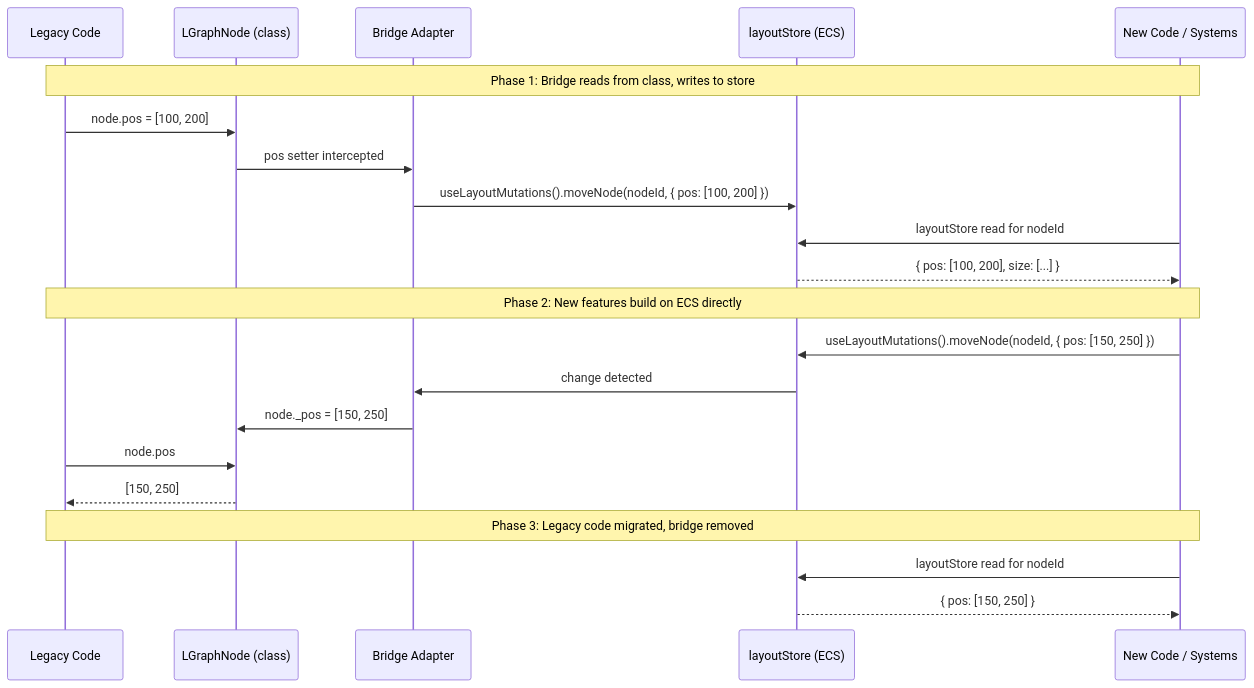
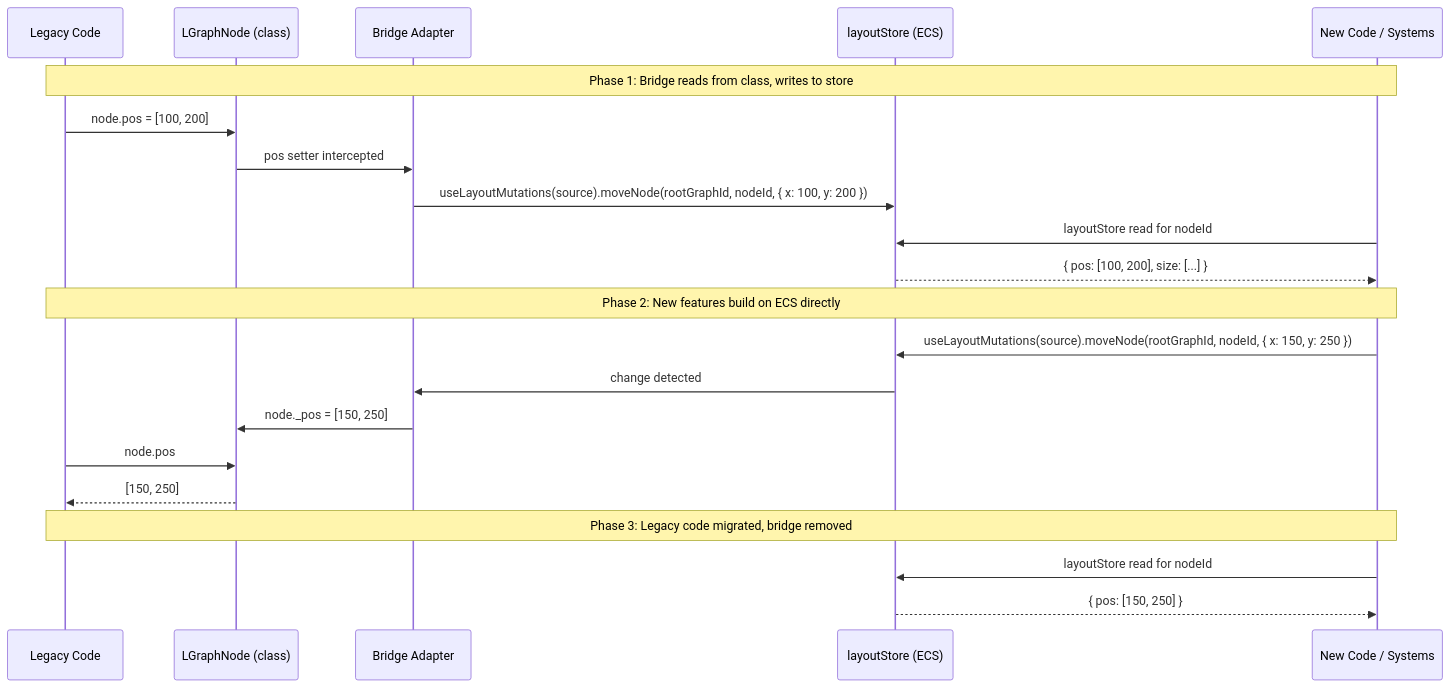
Before and after one commit to Comfy-Org/ComfyUI_frontend: diagram 11 of 12 in docs/architecture/ecs-target-architecture.md, drawn with Mermaid. The commit also changed other lines of this file and 424 other files, not shown here.

````diff
--- a/docs/architecture/ecs-target-architecture.md
+++ b/docs/architecture/ecs-target-architecture.md
@@ -469,30 +523,30 @@
 ```mermaid
 sequenceDiagram
     participant Legacy as Legacy Code
     participant Class as LGraphNode (class)
     participant Bridge as Bridge Adapter
     participant Store as layoutStore (ECS)
     participant New as New Code / Systems
 
     Note over Legacy,New: Phase 1: Bridge reads from class, writes to store
 
     Legacy->>Class: node.pos = [100, 200]
     Class->>Bridge: pos setter intercepted
-    Bridge->>Store: useLayoutMutations().moveNode(nodeId, { pos: [100, 200] })
+    Bridge->>Store: useLayoutMutations(source).moveNode(rootGraphId, nodeId, { x: 100, y: 200 })
 
     New->>Store: layoutStore read for nodeId
     Store-->>New: { pos: [100, 200], size: [...] }
 
     Note over Legacy,New: Phase 2: New features build on ECS directly
 
-    New->>Store: useLayoutMutations().moveNode(nodeId, { pos: [150, 250] })
+    New->>Store: useLayoutMutations(source).moveNode(rootGraphId, nodeId, { x: 150, y: 250 })
     Store->>Bridge: change detected
     Bridge->>Class: node._pos = [150, 250]
     Legacy->>Class: node.pos
     Class-->>Legacy: [150, 250]
 
     Note over Legacy,New: Phase 3: Legacy code migrated, bridge removed
 
     New->>Store: layoutStore read for nodeId
     Store-->>New: { pos: [150, 250] }
 ```
````
